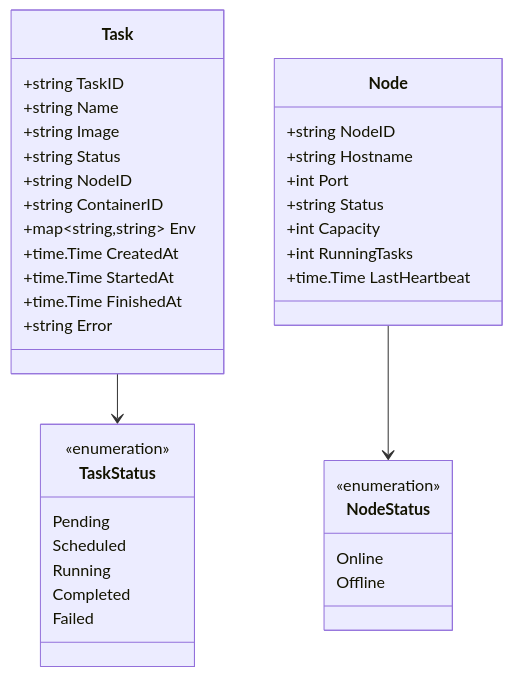
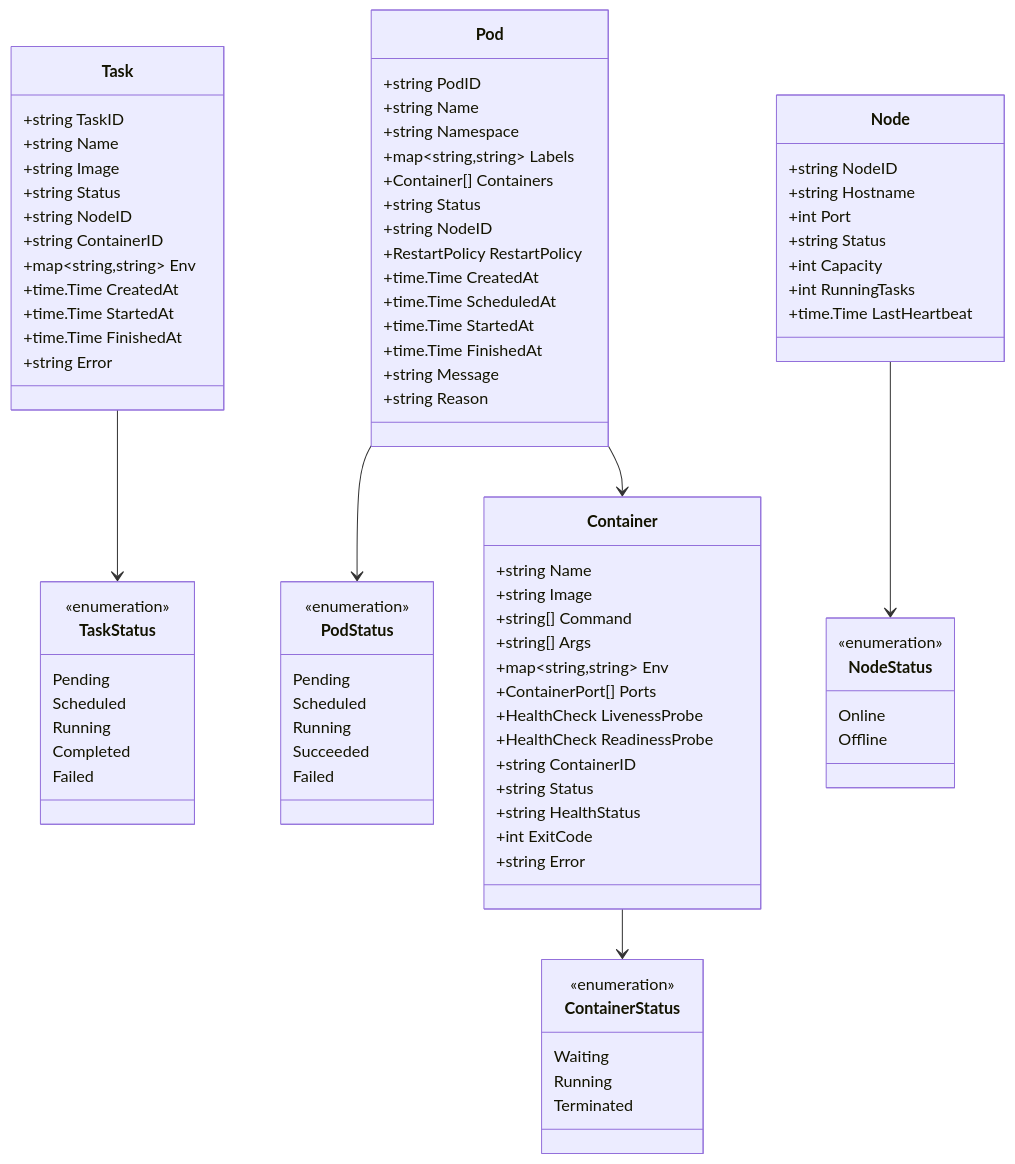
One commit to danpasecinic/podling changed the seventh of 12 diagrams in docs/ARCHITECTURE.md. Above: the diagram before and after it, drawn with Mermaid. The commit also changed other lines of this file and 18 other files, not shown here.

````diff
--- a/docs/ARCHITECTURE.md
+++ b/docs/ARCHITECTURE.md
@@ -257,6 +253,39 @@
         +time.Time CreatedAt
         +time.Time StartedAt
         +time.Time FinishedAt
+        +string Error
+    }
+
+    class Pod {
+        +string PodID
+        +string Name
+        +string Namespace
+        +map~string,string~ Labels
+        +Container[] Containers
+        +string Status
+        +string NodeID
+        +RestartPolicy RestartPolicy
+        +time.Time CreatedAt
+        +time.Time ScheduledAt
+        +time.Time StartedAt
+        +time.Time FinishedAt
+        +string Message
+        +string Reason
+    }
+
+    class Container {
+        +string Name
+        +string Image
+        +string[] Command
+        +string[] Args
+        +map~string,string~ Env
+        +ContainerPort[] Ports
+        +HealthCheck LivenessProbe
+        +HealthCheck ReadinessProbe
+        +string ContainerID
+        +string Status
+        +string HealthStatus
+        +int ExitCode
         +string Error
     }
 
@@ -279,6 +308,22 @@
         Failed
     }
 
+    class PodStatus {
+        <<enumeration>>
+        Pending
+        Scheduled
+        Running
+        Succeeded
+        Failed
+    }
+
+    class ContainerStatus {
+        <<enumeration>>
+        Waiting
+        Running
+        Terminated
+    }
+
     class NodeStatus {
         <<enumeration>>
         Online
@@ -286,5 +331,8 @@
     }
 
     Task --> TaskStatus
+    Pod --> PodStatus
+    Pod --> Container
+    Container --> ContainerStatus
     Node --> NodeStatus
 ```
````
